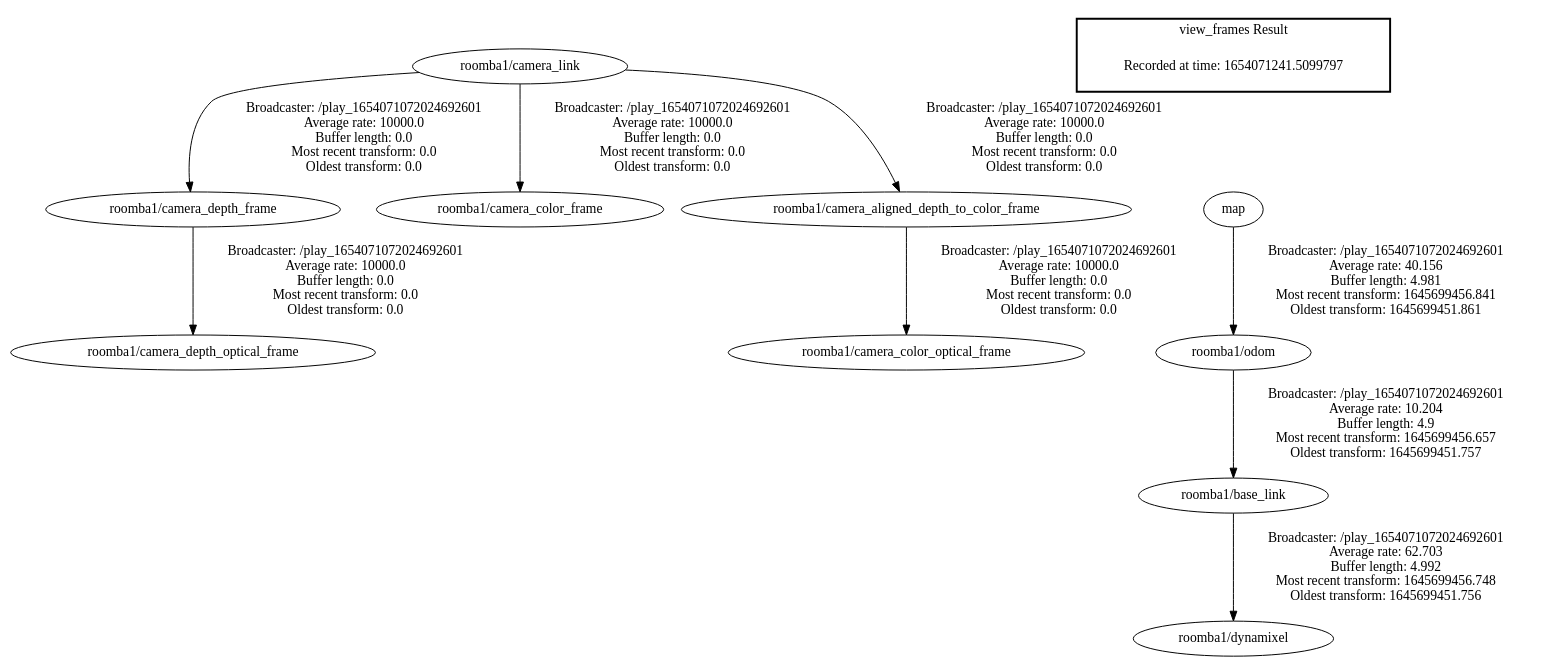
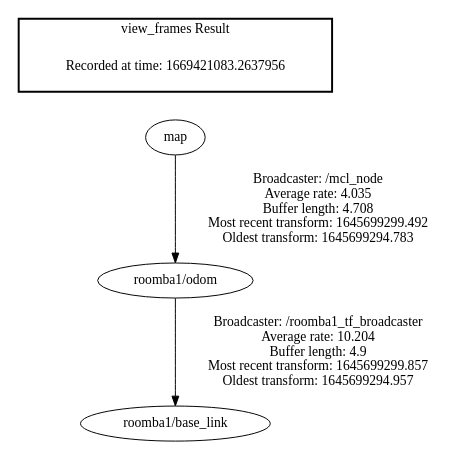
The diagram in frames/frames.gv (TakuKarasawa/tools), drawn with Graphviz before and after one commit. The commit also changed 11 other files, not shown here.

```diff
--- a/frames/frames.gv
+++ b/frames/frames.gv
@@ -1,14 +1,8 @@
 digraph G {
-"roomba1/camera_link" -> "roomba1/camera_depth_frame"[label=" Broadcaster: /play_1654071072024692601\nAverage rate: 10000.0\nBuffer length: 0.0\nMost recent transform: 0.0\nOldest transform: 0.0\n"];
-"roomba1/camera_depth_frame" -> "roomba1/camera_depth_optical_frame"[label=" Broadcaster: /play_1654071072024692601\nAverage rate: 10000.0\nBuffer length: 0.0\nMost recent transform: 0.0\nOldest transform: 0.0\n"];
-"roomba1/camera_link" -> "roomba1/camera_color_frame"[label=" Broadcaster: /play_1654071072024692601\nAverage rate: 10000.0\nBuffer length: 0.0\nMost recent transform: 0.0\nOldest transform: 0.0\n"];
-"roomba1/camera_aligned_depth_to_color_frame" -> "roomba1/camera_color_optical_frame"[label=" Broadcaster: /play_1654071072024692601\nAverage rate: 10000.0\nBuffer length: 0.0\nMost recent transform: 0.0\nOldest transform: 0.0\n"];
-"roomba1/camera_link" -> "roomba1/camera_aligned_depth_to_color_frame"[label=" Broadcaster: /play_1654071072024692601\nAverage rate: 10000.0\nBuffer length: 0.0\nMost recent transform: 0.0\nOldest transform: 0.0\n"];
-"roomba1/base_link" -> "roomba1/dynamixel"[label=" Broadcaster: /play_1654071072024692601\nAverage rate: 62.703\nBuffer length: 4.992\nMost recent transform: 1645699456.748\nOldest transform: 1645699451.756\n"];
-"roomba1/odom" -> "roomba1/base_link"[label=" Broadcaster: /play_1654071072024692601\nAverage rate: 10.204\nBuffer length: 4.9\nMost recent transform: 1645699456.657\nOldest transform: 1645699451.757\n"];
-"map" -> "roomba1/odom"[label=" Broadcaster: /play_1654071072024692601\nAverage rate: 40.156\nBuffer length: 4.981\nMost recent transform: 1645699456.841\nOldest transform: 1645699451.861\n"];
+"roomba1/odom" -> "roomba1/base_link"[label=" Broadcaster: /roomba1_tf_broadcaster\nAverage rate: 10.204\nBuffer length: 4.9\nMost recent transform: 1645699299.857\nOldest transform: 1645699294.957\n"];
+"map" -> "roomba1/odom"[label=" Broadcaster: /mcl_node\nAverage rate: 4.035\nBuffer length: 4.708\nMost recent transform: 1645699299.492\nOldest transform: 1645699294.783\n"];
 edge [style=invis];
  subgraph cluster_legend { style=bold; color=black; label ="view_frames Result";
-"Recorded at time: 1654071241.5099797"[ shape=plaintext ] ;
+"Recorded at time: 1669421083.2637956"[ shape=plaintext ] ;
 }->"map";
 }
```
